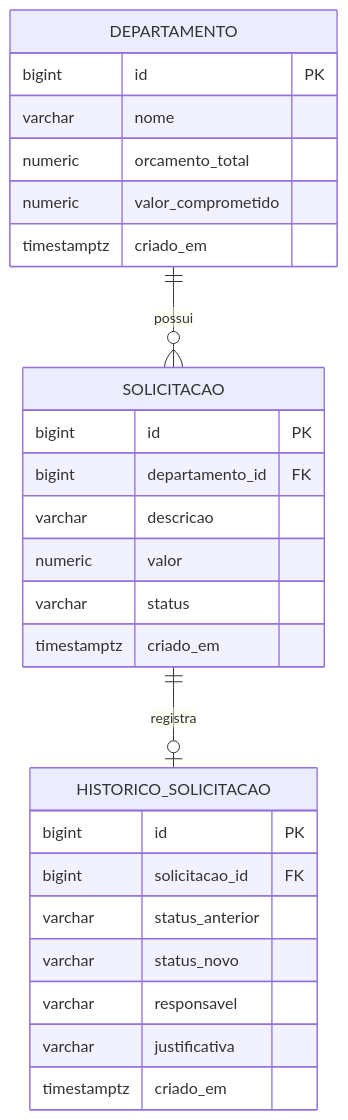
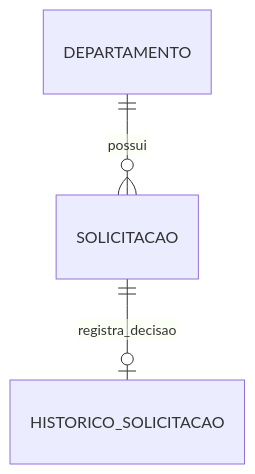
Before and after one commit to GabrielHolanda18/gestao-verbas-api: the diagram in README.md, drawn with Mermaid. The commit also changed other lines of this file, not shown here.

````diff
--- a/README.md
+++ b/README.md
@@ -41,30 +66,5 @@
 ```mermaid
 erDiagram
-    DEPARTAMENTO ||--o{ SOLICITACAO : "possui"
-    SOLICITACAO ||--o| HISTORICO_SOLICITACAO : "registra"
-
-    DEPARTAMENTO {
-        bigint id PK
-        varchar nome
-        numeric orcamento_total
-        numeric valor_comprometido
-        timestamptz criado_em
-    }
-    SOLICITACAO {
-        bigint id PK
-        bigint departamento_id FK
-        varchar descricao
-        numeric valor
-        varchar status
-        timestamptz criado_em
-    }
-    HISTORICO_SOLICITACAO {
-        bigint id PK
-        bigint solicitacao_id FK
-        varchar status_anterior
-        varchar status_novo
-        varchar responsavel
-        varchar justificativa
-        timestamptz criado_em
-    }
+    DEPARTAMENTO ||--o{ SOLICITACAO : possui
+    SOLICITACAO ||--o| HISTORICO_SOLICITACAO : registra_decisao
 ```
````
